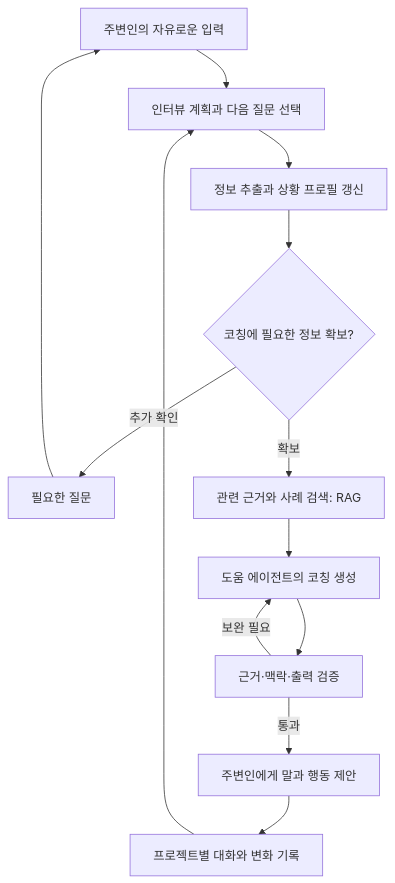
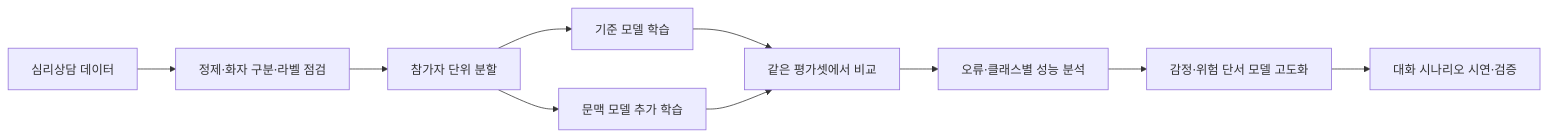
Before and after one commit to seonizz/HOP_Biohealth_AI-Challenge: the diagram in README.md, drawn with Mermaid. The commit also changed other lines of this file, not shown here.

````diff
--- a/README.md
+++ b/README.md
@@ -76,15 +51,12 @@
 ```mermaid
-flowchart TD
-    U[주변인의 자유로운 입력] --> P[인터뷰 계획과 다음 질문 선택]
-    P --> E[정보 추출과 상황 프로필 갱신]
-    E --> C{코칭에 필요한 정보 확보?}
-    C -->|추가 확인| Q[필요한 질문]
-    Q --> U
-    C -->|확보| R[관련 근거와 사례 검색: RAG]
-    R --> G[도움 에이전트의 코칭 생성]
-    G --> V[근거·맥락·출력 검증]
-    V -->|보완 필요| G
-    V -->|통과| O[주변인에게 말과 행동 제안]
-    O --> M[프로젝트별 대화와 변화 기록]
-    M --> P
+flowchart LR
+    D[심리상담 데이터] --> P[정제·화자 구분·라벨 점검]
+    P --> S[참가자 단위 분할]
+    S --> B[기준 모델 학습]
+    S --> F[문맥 모델 추가 학습]
+    B --> E[같은 평가셋에서 비교]
+    F --> E
+    E --> A[오류·클래스별 성능 분석]
+    A --> N[감정·위험 단서 모델 고도화]
+    N --> V[대화 시나리오 시연·검증]
 ```
````
